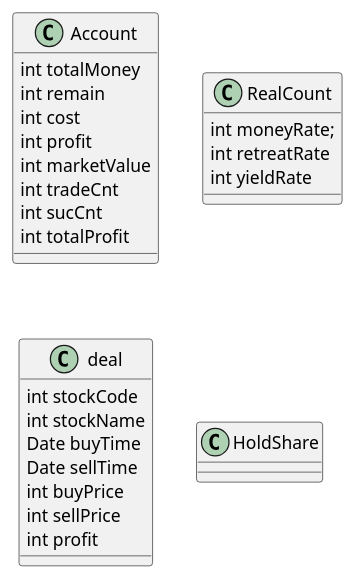
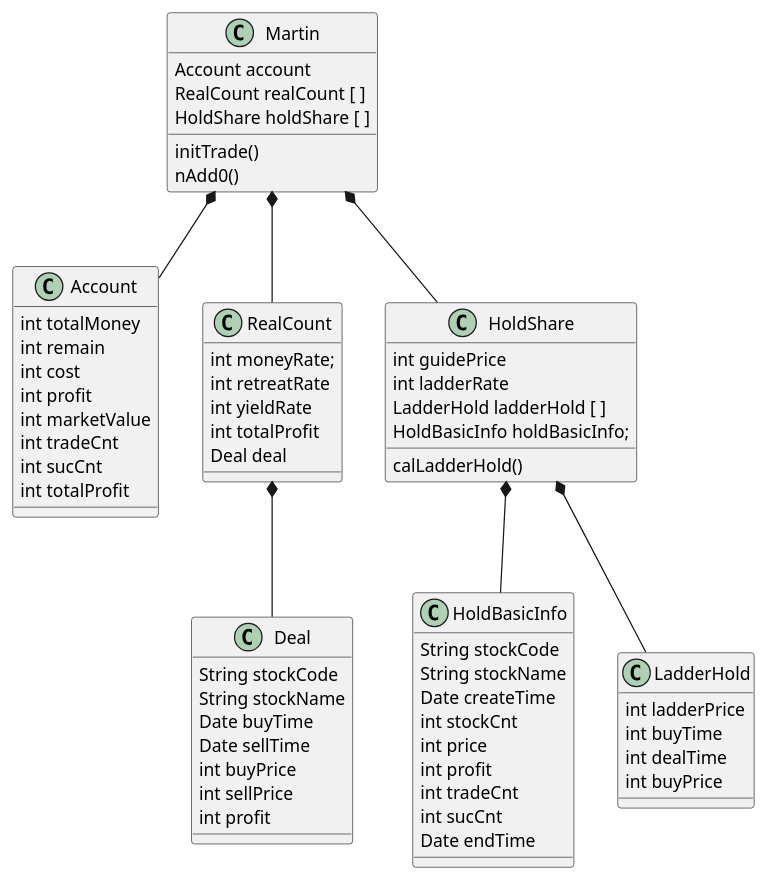
The diagram in Martin.puml (wanghao92/quantification), drawn with PlantUML before and after one commit. The commit also changed 3 other files, not shown here.

```diff
--- a/Martin.puml
+++ b/Martin.puml
@@ -1,38 +1,99 @@
 @startuml
+/'
+<|--    继承
+*--     组合
+.--     聚合
+..      虚线
+--      直线
+<|..    实现
+^--     继承
+-->     关联
+..>     依赖
+<--*    组合关联
+#--
+x--
+}--
++--
+'/
 
 class Account {
     int totalMoney
     int remain
     int cost
     int profit          /'持仓利润'/
     int marketValue     /'持有市值'/
     int tradeCnt        /'交易次数'/
     int sucCnt          /'成功次数'/
     int totalProfit     /'累计利润'/
 }
 
 /' 实时统计 '/
 class RealCount {
     int moneyRate;      /'资金利用率 0.01%'/
     int retreatRate     /'最大回撤 0.01%'/
     int yieldRate       /'收益率 0.01%'/
+    int totalProfit     /'累计利润'/
+    Deal deal           /'交易详情'/
 }
 
-/'历史交易'/
-class deal {
-    int stockCode
-    int stockName
+/'交易详情'/
+class Deal {
+    String stockCode
+    String stockName
     Date buyTime
     Date sellTime
     int buyPrice
     int sellPrice
     int profit
 }
 
-class HoldShare {
-
+/'持仓股票基本信息'/
+class HoldBasicInfo{
+    String stockCode
+    String stockName
+    Date createTime /'建仓时间'/
+    int stockCnt
+    int price       /'持仓价格'/
+    int profit      /'持仓利润'/
+    int tradeCnt    /'交易次数'/
+    int sucCnt      /'成功次数'/
+    Date endTime    /'平仓时间'/
 }
 
+/'阶梯数组'/
+class LadderHold {
+    int ladderPrice
+    int buyTime
+     int dealTime
+    int buyPrice
+}
 
+/'单一持仓'/
+class HoldShare {
+    int guidePrice                  /'基准价格'/
+    int ladderRate                  /'阶梯比例，单位0.1%'/
+    LadderHold ladderHold [ ]       /'阶梯数组'/
+    HoldBasicInfo holdBasicInfo;
+
+    calLadderHold()                 /'计算阶梯数组'/
+}
+
+class Martin {
+    Account account             /'账户基本信息'/
+    RealCount realCount [ ]     /'历史统计信息'/
+    HoldShare holdShare [ ]     /'维护的持仓信息'/
+
+    initTrade()                 /'初始交易策略'/
+    nAdd0()                     /'n+0策略'/
+}
+
+Martin *-- Account
+Martin *-- HoldShare
+Martin *-- RealCount
+
+HoldShare *-- HoldBasicInfo
+HoldShare *-- LadderHold
+
+RealCount *-- Deal
 
 @enduml
```
